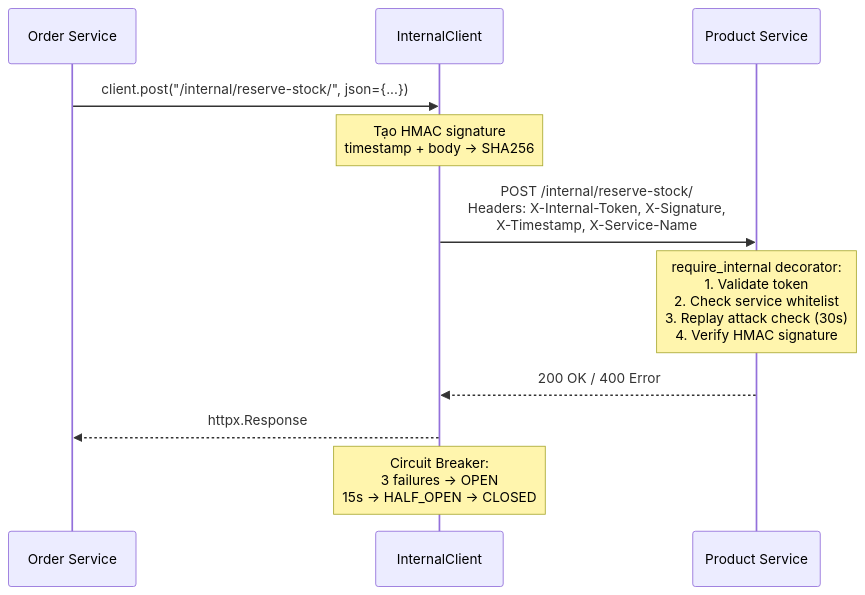
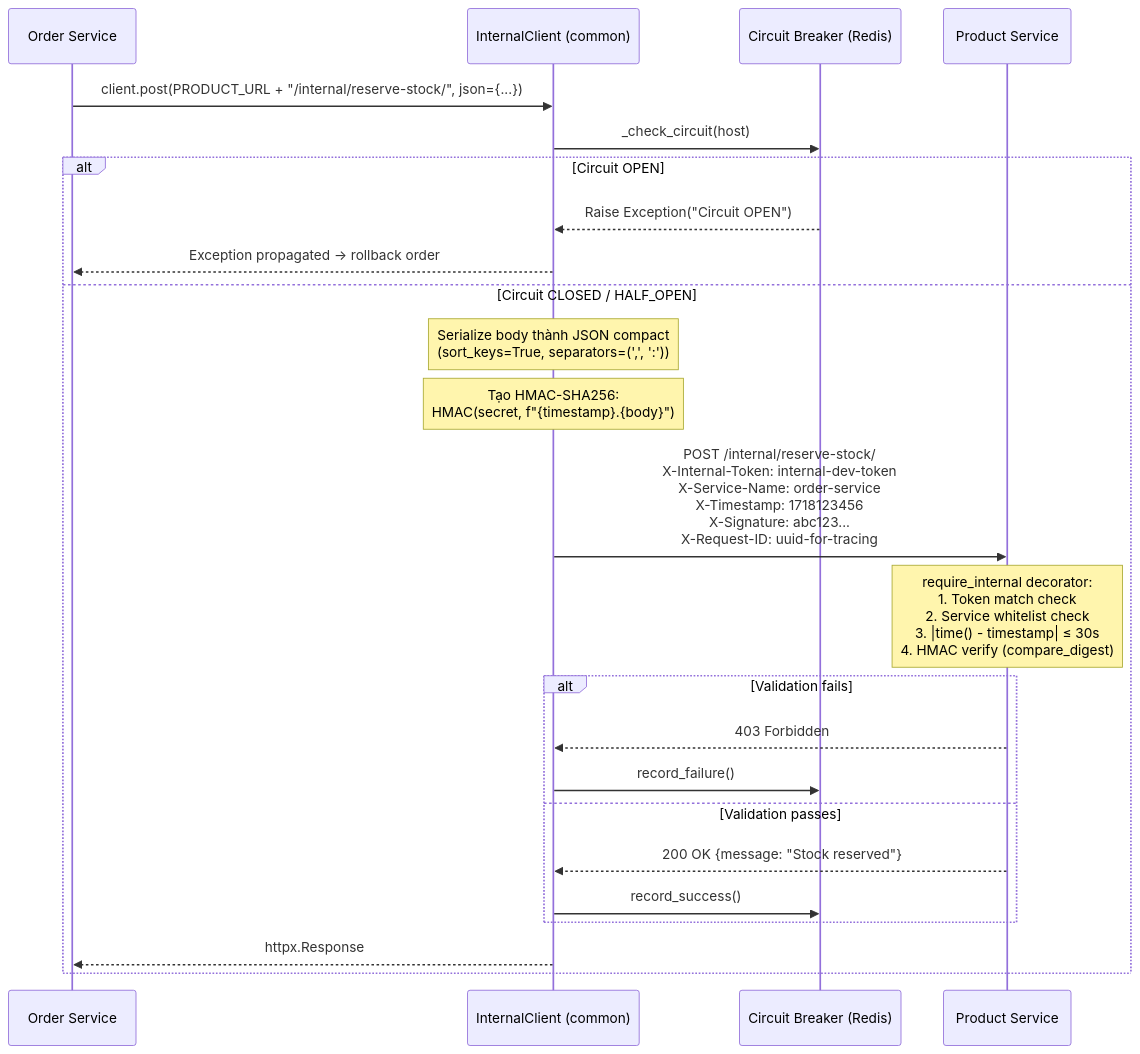
One commit to minhengdey/bookstore-microservice changed the third of 12 diagrams in docs/CHUONG2_TAI_LIEU_DU_AN_Ecommerce_ECOM.md. Above: the diagram before and after it, drawn with Mermaid. The commit also changed other lines of this file and 136 other files, not shown here.

````diff
--- a/docs/CHUONG2_TAI_LIEU_DU_AN_Ecommerce_ECOM.md
+++ b/docs/CHUONG2_TAI_LIEU_DU_AN_Ecommerce_ECOM.md
@@ -205,14 +415,29 @@
 ```mermaid
 sequenceDiagram
     participant OS as Order Service
-    participant IC as InternalClient
+    participant IC as InternalClient (common)
+    participant CB as Circuit Breaker (Redis)
     participant PS as Product Service
 
-    OS->>IC: client.post("/internal/reserve-stock/", json={...})
-    Note over IC: Tạo HMAC signature<br/>timestamp + body → SHA256
-    IC->>PS: POST /internal/reserve-stock/<br/>Headers: X-Internal-Token, X-Signature,<br/>X-Timestamp, X-Service-Name
-    Note over PS: require_internal decorator:<br/>1. Validate token<br/>2. Check service whitelist<br/>3. Replay attack check (30s)<br/>4. Verify HMAC signature
-    PS-->>IC: 200 OK / 400 Error
-    IC-->>OS: httpx.Response
-    Note over IC: Circuit Breaker:<br/>3 failures → OPEN<br/>15s → HALF_OPEN → CLOSED
+    OS->>IC: client.post(PRODUCT_URL + "/internal/reserve-stock/", json={...})
+
+    IC->>CB: _check_circuit(host)
+    alt Circuit OPEN
+        CB-->>IC: Raise Exception("Circuit OPEN")
+        IC-->>OS: Exception propagated → rollback order
+    else Circuit CLOSED / HALF_OPEN
+        Note over IC: Serialize body thành JSON compact<br/>(sort_keys=True, separators=(',', ':'))
+        Note over IC: Tạo HMAC-SHA256:<br/>HMAC(secret, f"{timestamp}.{body}")
+        IC->>PS: POST /internal/reserve-stock/<br/>X-Internal-Token: internal-dev-token<br/>X-Service-Name: order-service<br/>X-Timestamp: 1718123456<br/>X-Signature: abc123...<br/>X-Request-ID: uuid-for-tracing
+
+        Note over PS: require_internal decorator:<br/>1. Token match check<br/>2. Service whitelist check<br/>3. |time() - timestamp| ≤ 30s<br/>4. HMAC verify (compare_digest)
+        alt Validation fails
+            PS-->>IC: 403 Forbidden
+            IC->>CB: record_failure()
+        else Validation passes
+            PS-->>IC: 200 OK {message: "Stock reserved"}
+            IC->>CB: record_success()
+        end
+        IC-->>OS: httpx.Response
+    end
 ```
````
